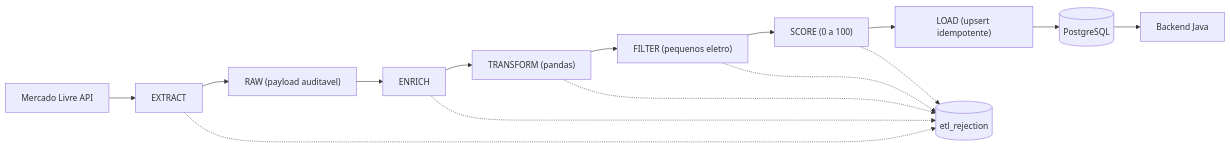
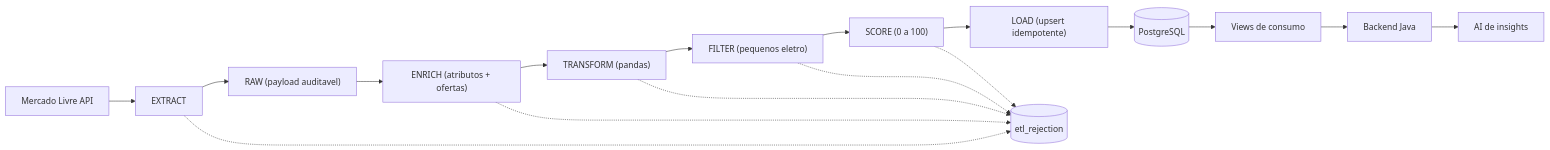
The first of 12 diagrams in README.md (undercontroll-inc/etl), drawn with Mermaid before and after one commit. The commit also changed other lines of this file and 21 other files, not shown here.

````diff
--- a/README.md
+++ b/README.md
@@ -7,18 +8,20 @@
 ```mermaid
 flowchart LR
     ML["Mercado Livre API"] --> EXTRACT
     EXTRACT --> RAW["RAW (payload auditavel)"]
-    RAW --> ENRICH
+    RAW --> ENRICH["ENRICH (atributos + ofertas)"]
     ENRICH --> TRANSFORM["TRANSFORM (pandas)"]
     TRANSFORM --> FILTER["FILTER (pequenos eletro)"]
     FILTER --> SCORE["SCORE (0 a 100)"]
     SCORE --> LOAD["LOAD (upsert idempotente)"]
     LOAD --> DB[("PostgreSQL")]
-    DB --> Java["Backend Java"]
+    DB --> VIEWS["Views de consumo"]
+    VIEWS --> Java["Backend Java"]
+    Java --> AI["AI de insights"]
 
     TRANSFORM -.-> REJ[("etl_rejection")]
     FILTER -.-> REJ
     SCORE -.-> REJ
     EXTRACT -.-> REJ
     ENRICH -.-> REJ
 ```
````
